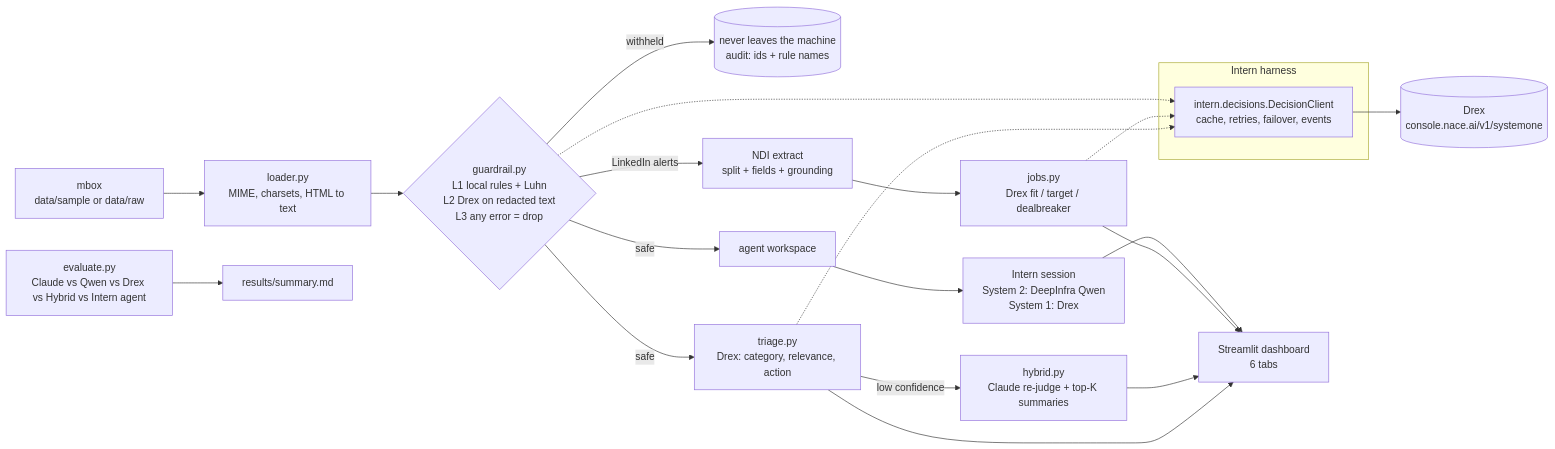
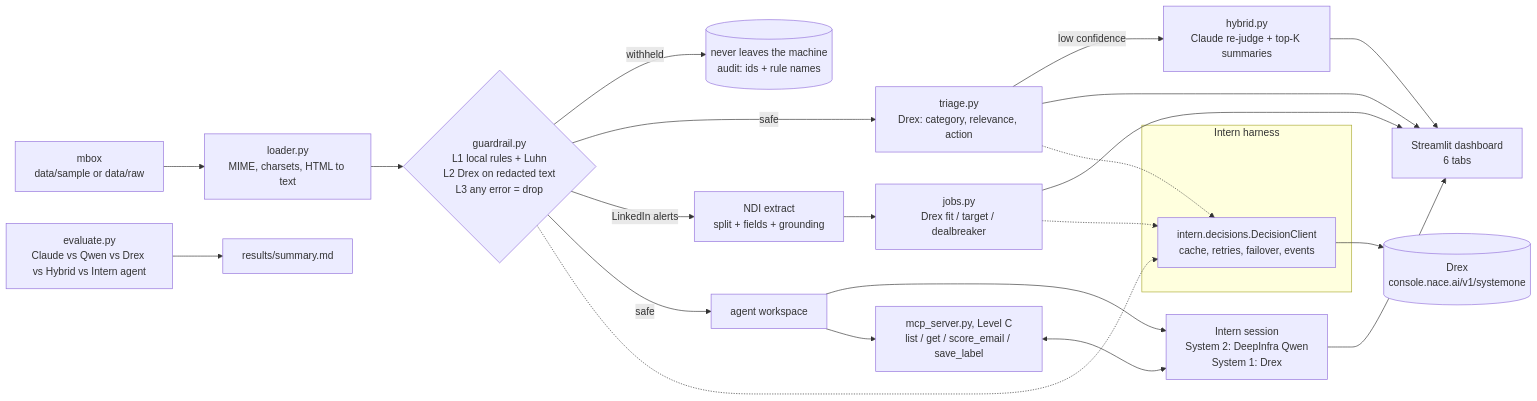
One commit to aswin215/Fossil-Filter changed the diagram in README.md. Above: the diagram before and after it, drawn with Mermaid. The commit also changed other lines of this file and 13 other files, not shown here.

First line of the commit message:
Level C: MCP server for the Intern agent (list_emails, get_email, score_email, save_label)

````diff
--- a/README.md
+++ b/README.md
@@ -21,20 +21,21 @@
 ```mermaid
 flowchart LR
   A[mbox<br/>data/sample or data/raw] --> B[loader.py<br/>MIME, charsets, HTML to text]
   B --> G{guardrail.py<br/>L1 local rules + Luhn<br/>L2 Drex on redacted text<br/>L3 any error = drop}
   G -- withheld --> X[(never leaves the machine<br/>audit: ids + rule names)]
   G -- safe --> T[triage.py<br/>Drex: category, relevance, action]
   T -- low confidence --> H[hybrid.py<br/>Claude re-judge + top-K summaries]
   T --> D[Streamlit dashboard<br/>6 tabs]
   H --> D
   G -- LinkedIn alerts --> N[NDI extract<br/>split + fields + grounding] --> J[jobs.py<br/>Drex fit / target / dealbreaker] --> D
   G -- safe --> W[agent workspace] --> I[Intern session<br/>System 2: DeepInfra Qwen<br/>System 1: Drex] --> D
+  W --> M[mcp_server.py, Level C<br/>list / get / score_email / save_label] <--> I
   subgraph Intern harness
     DC[intern.decisions.DecisionClient<br/>cache, retries, failover, events]
   end
   T -.-> DC
   J -.-> DC
   G -.-> DC
   DC --> DREX[(Drex<br/>console.nace.ai/v1/systemone)]
   E[evaluate.py<br/>Claude vs Qwen vs Drex vs Hybrid vs Intern agent] --> R[results/summary.md]
 ```
````
